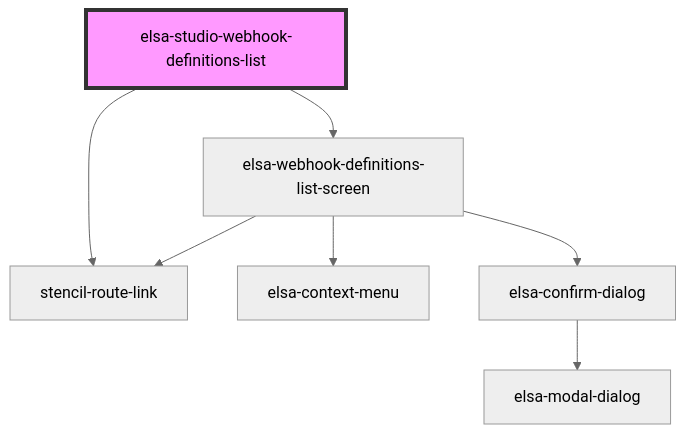
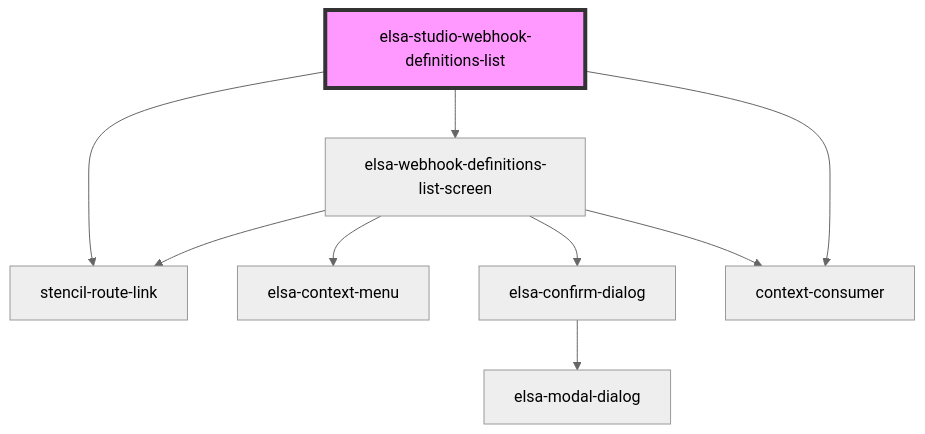
One commit to elsa-workflows/elsa-core changed the diagram in src/designer/elsa-workflows-studio/src/components/dashboard/pages/elsa-studio-webhook-definitions-list/readme.md. Above: the diagram before and after it, drawn with Mermaid (neutral theme). The commit also changed other lines of this file and 22 other files, not shown here.

````diff
--- a/src/designer/elsa-workflows-studio/src/components/dashboard/pages/elsa-studio-webhook-definitions-list/readme.md
+++ b/src/designer/elsa-workflows-studio/src/components/dashboard/pages/elsa-studio-webhook-definitions-list/readme.md
@@ -25,10 +24,12 @@
 ```mermaid
 graph TD;
   elsa-studio-webhook-definitions-list --> stencil-route-link
   elsa-studio-webhook-definitions-list --> elsa-webhook-definitions-list-screen
+  elsa-studio-webhook-definitions-list --> context-consumer
   elsa-webhook-definitions-list-screen --> stencil-route-link
   elsa-webhook-definitions-list-screen --> elsa-context-menu
   elsa-webhook-definitions-list-screen --> elsa-confirm-dialog
+  elsa-webhook-definitions-list-screen --> context-consumer
   elsa-confirm-dialog --> elsa-modal-dialog
   style elsa-studio-webhook-definitions-list fill:#f9f,stroke:#333,stroke-width:4px
 ```
````
